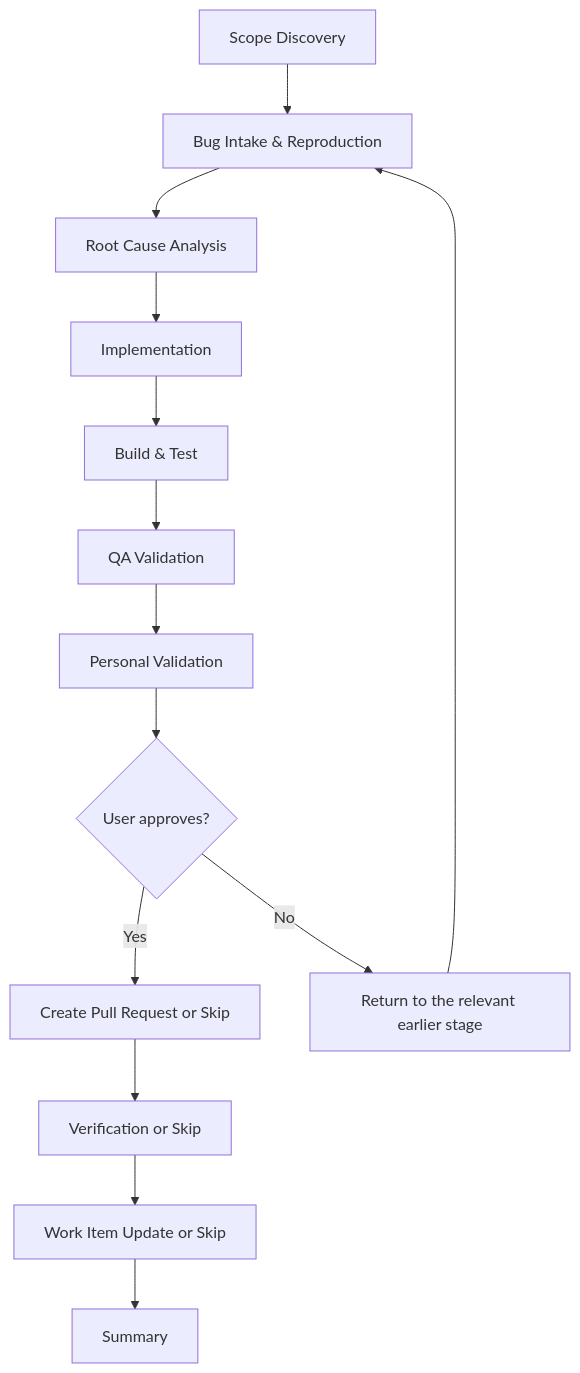
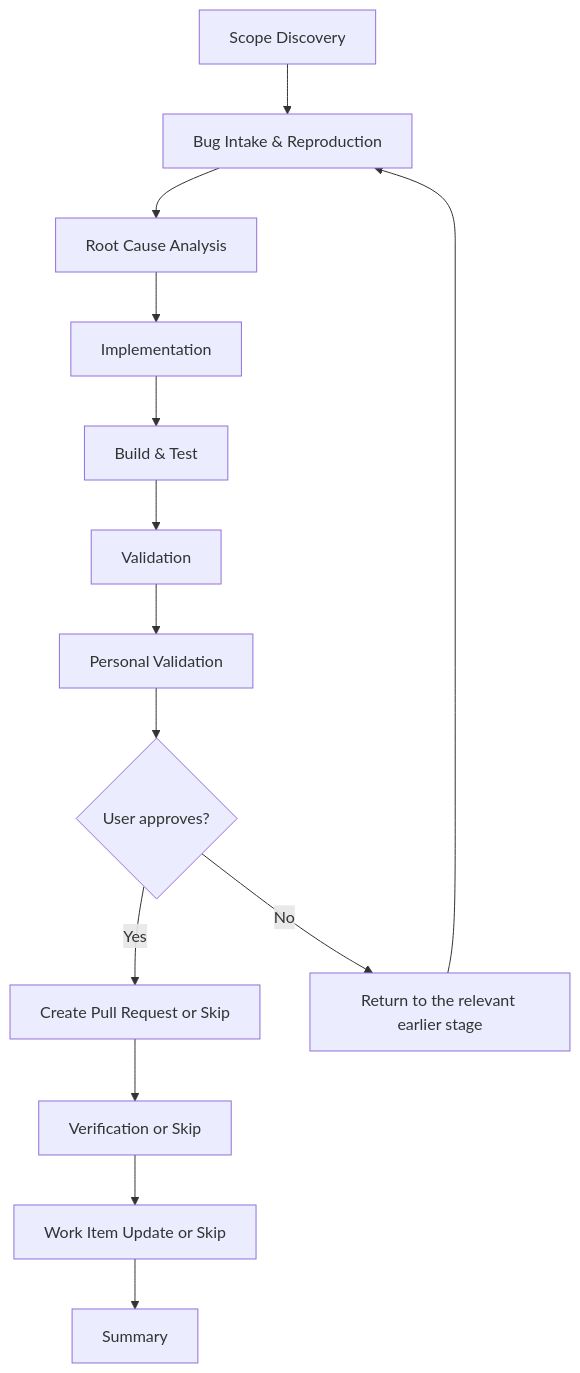
Before and after one commit to JSdotNet/devbook: diagram 12 of 16 in plugins/delivery/FLOW-DIAGRAMS.md, drawn with Mermaid. The commit also changed other lines of this file and 37 other files, not shown here.

````diff
--- a/plugins/delivery/FLOW-DIAGRAMS.md
+++ b/plugins/delivery/FLOW-DIAGRAMS.md
@@ -344,16 +344,16 @@
 ```mermaid
 flowchart TD
     S["Scope Discovery"] --> A["Bug Intake & Reproduction"]
     A --> B["Root Cause Analysis"]
     B --> C["Implementation"]
     C --> D["Build & Test"]
-    D --> E["QA Validation"]
+    D --> E["Validation"]
     E --> F["Personal Validation"]
     F --> G{User approves?}
     G -->|Yes| H["Create Pull Request or Skip"]
     G -->|No| I["Return to the relevant earlier stage"]
     I --> A
     H --> DU["Verification or Skip"]
     DU --> U["Work Item Update or Skip"]
     U --> J["Summary"]
 ```
````
